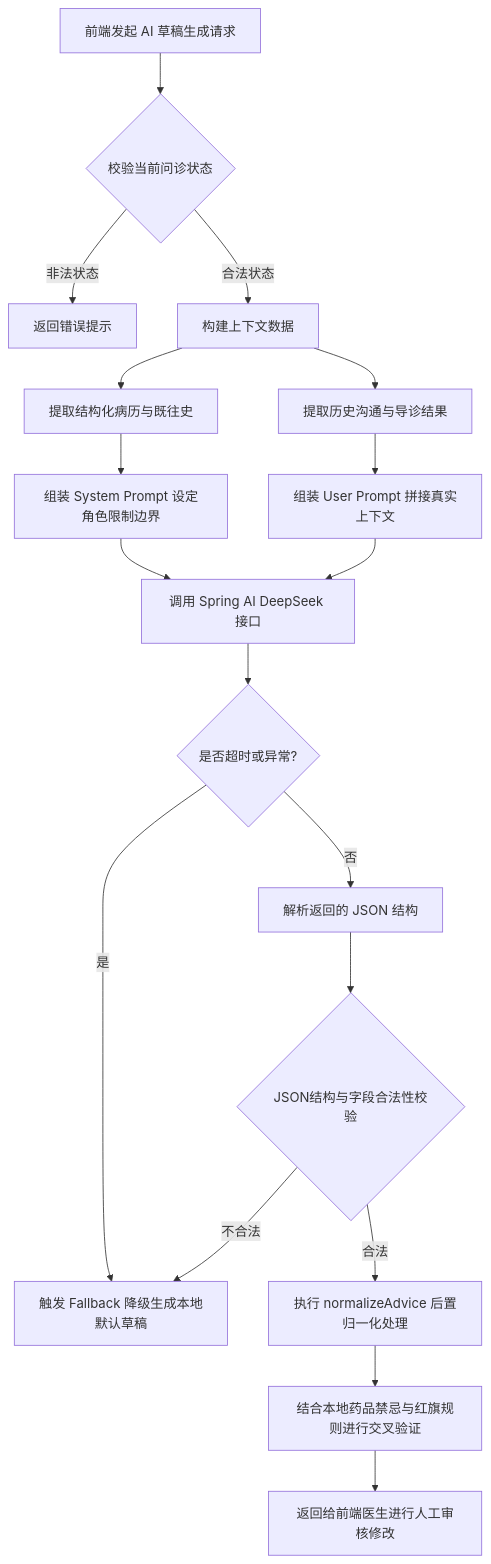
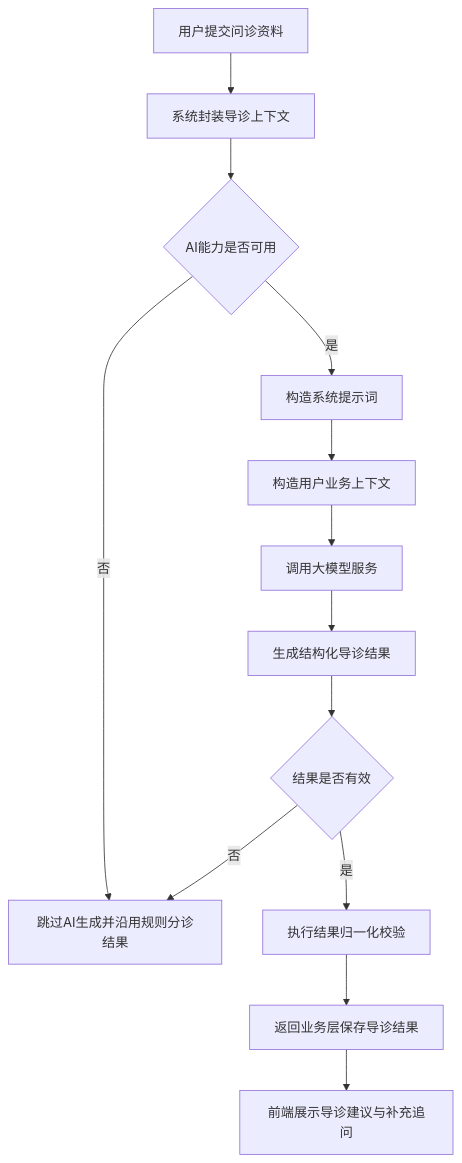
One commit to 1312255201/IntelligentConsultation changed diagram 15 of 15 in 毕设.md. Above: the diagram before and after it, drawn with Mermaid. The commit also changed other lines of this file and 5 other files, not shown here.

````diff
--- a/毕设.md
+++ b/毕设.md
@@ -1408,26 +1780,15 @@
 ```mermaid
-graph TD
-    A[前端发起 AI 草稿生成请求] --> B{校验当前问诊状态}
-    B -- 非法状态 --> C[返回错误提示]
-    B -- 合法状态 --> D[构建上下文数据]
-    
-    D --> E[提取结构化病历与既往史]
-    D --> F[提取历史沟通与导诊结果]
-    
-    E --> G[组装 System Prompt 设定角色限制边界]
-    F --> H[组装 User Prompt 拼接真实上下文]
-    
-    G --> I[调用 Spring AI DeepSeek 接口]
-    H --> I
-    
-    I --> J{是否超时或异常?}
-    J -- 是 --> K[触发 Fallback 降级生成本地默认草稿]
-    J -- 否 --> L[解析返回的 JSON 结构]
-    
-    L --> M{JSON结构与字段合法性校验}
-    M -- 不合法 --> K
-    M -- 合法 --> N[执行 normalizeAdvice 后置归一化处理]
-    
-    N --> O[结合本地药品禁忌与红旗规则进行交叉验证]
-    O --> P[返回给前端医生进行人工审核修改]
+flowchart TD
+    A[用户提交问诊资料] --> B[系统封装导诊上下文]
+    B --> C{AI能力是否可用}
+    C -- 否 --> D[跳过AI生成并沿用规则分诊结果]
+    C -- 是 --> E[构造系统提示词]
+    E --> F[构造用户业务上下文]
+    F --> G[调用大模型服务]
+    G --> H[生成结构化导诊结果]
+    H --> I{结果是否有效}
+    I -- 否 --> D
+    I -- 是 --> J[执行结果归一化校验]
+    J --> K[返回业务层保存导诊结果]
+    K --> L[前端展示导诊建议与补充追问]
 ```
````
